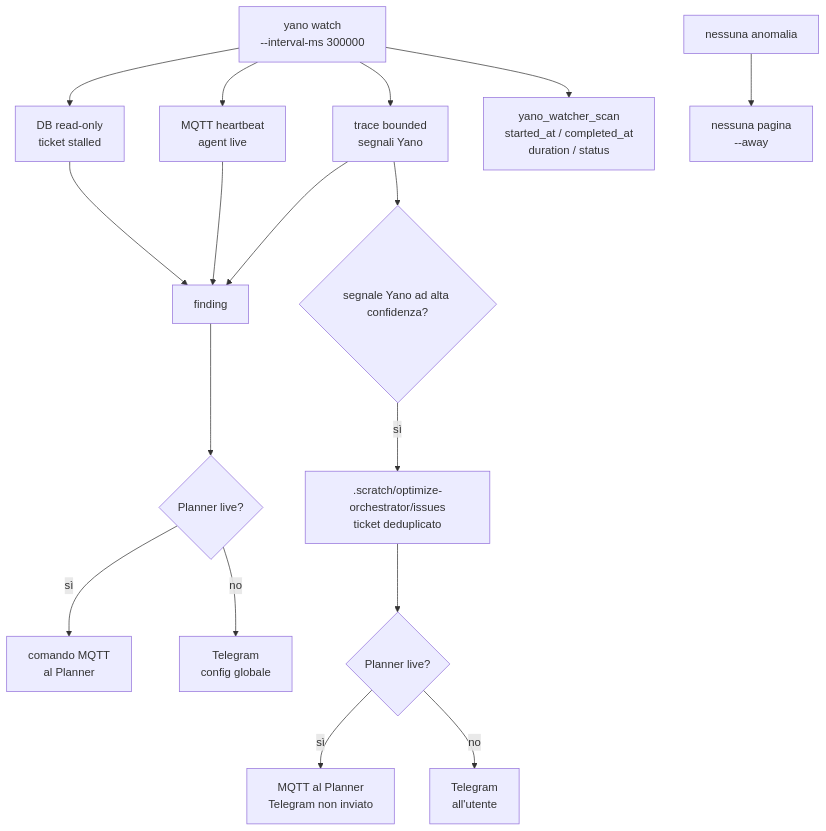
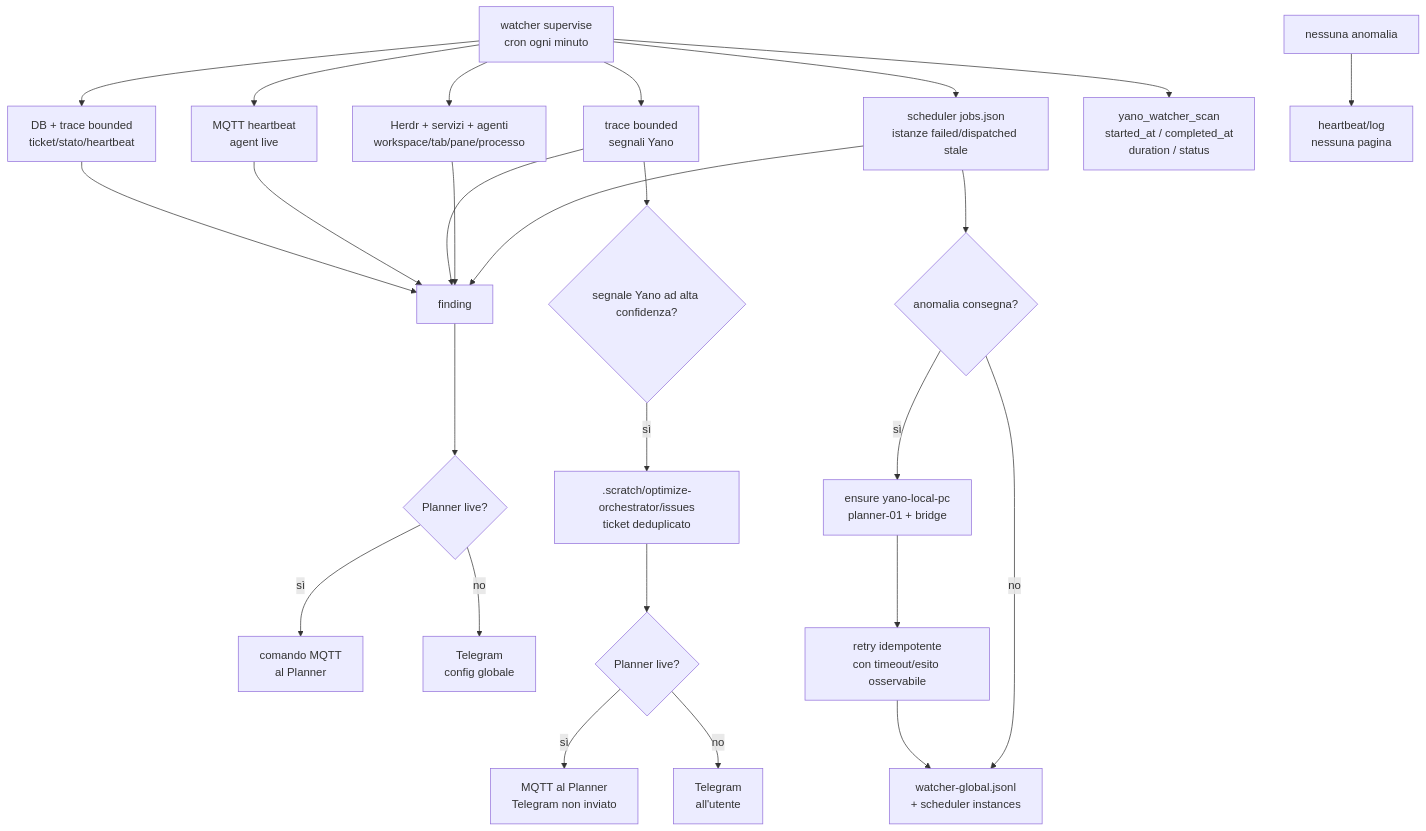
Before and after one commit to alessiobacin/yano-orchestrator: the diagram in docs/diagram/04-watcher-routing.mmd, drawn with Mermaid. The commit also changed 9 other files, not shown here.

Commit message:
feat: Update watcher supervision and recovery mechanisms, enhance local PC interaction, and improve documentation

```diff
--- a/docs/diagram/04-watcher-routing.mmd
+++ b/docs/diagram/04-watcher-routing.mmd
@@ -1,17 +1,26 @@
 flowchart TD
-    LOOP["yano watch\n--interval-ms 300000"] --> DB["DB read-only\nticket stalled"]
+    LOOP["watcher supervise\ncron ogni minuto"] --> DB["DB + trace bounded\nticket/stato/heartbeat"]
     LOOP --> HEARTBEAT["MQTT heartbeat\nagent live"]
     LOOP --> TRACE["trace bounded\nsegnali Yano"]
+    LOOP --> SERVICES["Herdr + servizi + agenti\nworkspace/tab/pane/processo"]
+    LOOP --> SCHEDULES["scheduler jobs.json\nistanze failed/dispatched stale"]
     LOOP --> SCAN["yano_watcher_scan\nstarted_at / completed_at\nduration / status"]
     DB --> FINDING["finding"]
     HEARTBEAT --> FINDING
     TRACE --> FINDING
+    SERVICES --> FINDING
+    SCHEDULES --> FINDING
     FINDING --> PLANNER{"Planner live?"}
     PLANNER -- sì --> MQTT["comando MQTT\nal Planner"]
     PLANNER -- no --> TELEGRAM["Telegram\nconfig globale"]
+    SCHEDULES --> REMEDY{"anomalia consegna?"}
+    REMEDY -- sì --> LOCALPC["ensure yano-local-pc\nplanner-01 + bridge"]
+    LOCALPC --> RETRY["retry idempotente\ncon timeout/esito osservabile"]
+    RETRY --> LOG["watcher-global.jsonl\n+ scheduler instances"]
+    REMEDY -- no --> LOG
     TRACE --> YANO{"segnale Yano ad alta confidenza?"}
     YANO -- sì --> TICKET[".scratch/optimize-orchestrator/issues\nticket deduplicato"]
     TICKET --> TICKET_ROUTE{"Planner live?"}
     TICKET_ROUTE -- sì --> TICKET_MQTT["MQTT al Planner\nTelegram non inviato"]
     TICKET_ROUTE -- no --> TICKET_TELEGRAM["Telegram\nall'utente"]
-    CLEAN["nessuna anomalia"] --> QUIET["nessuna pagina\n--away"]
+    CLEAN["nessuna anomalia"] --> QUIET["heartbeat/log\nnessuna pagina"]
```
